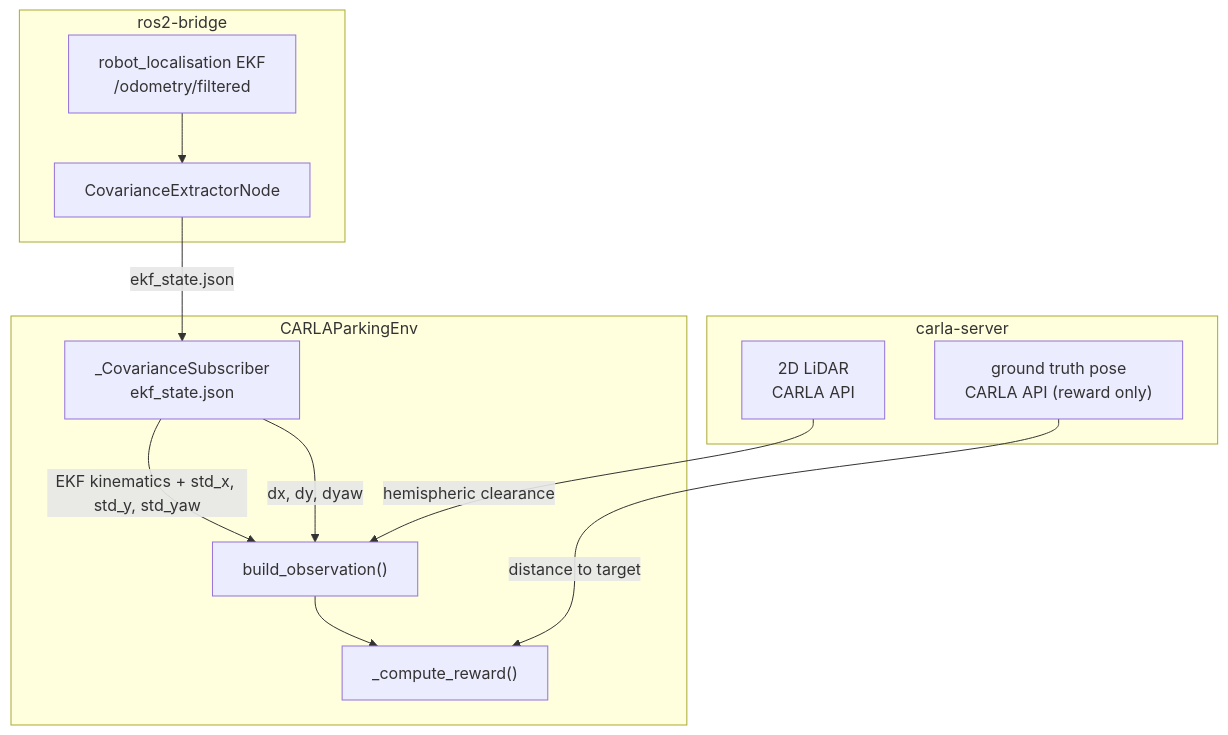
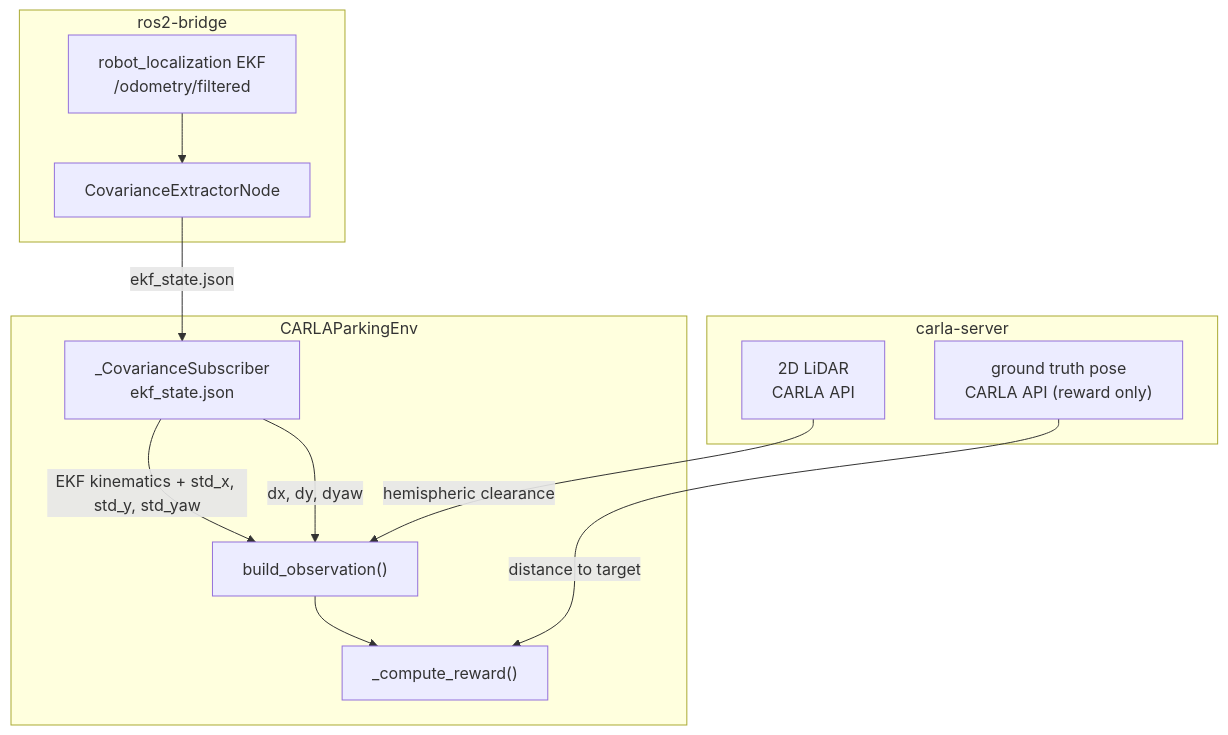
The diagram in uncertainty_rl/envs/README.md (Expo39/Uncertainty-Conditioned-RL-with-Evidential-Policy-Networks-for-Autonomous-Systems), drawn with Mermaid before and after one commit. The commit also changed other lines of this file and 29 other files, not shown here.

````diff
--- a/uncertainty_rl/envs/README.md
+++ b/uncertainty_rl/envs/README.md
@@ -30,26 +31,26 @@
 ```mermaid
 flowchart TB
     subgraph ros2["ros2-bridge"]
-        EKF["robot_localisation EKF\n/odometry/filtered"]
+        EKF["robot_localization EKF\n/odometry/filtered"]
         EXT["CovarianceExtractorNode"]
         EKF --> EXT
     end
 
     subgraph carla["carla-server"]
         LID["2D LiDAR\nCARLA API"]
         GT["ground truth pose\nCARLA API  (reward only)"]
     end
 
     subgraph env["CARLAParkingEnv"]
         COV["_CovarianceSubscriber\nekf_state.json"]
         OBS["build_observation()"]
         REW["_compute_reward()"]
     end
 
     EXT -->|ekf_state.json| COV
     COV -->|EKF kinematics + std_x, std_y, std_yaw| OBS
     LID -->|hemispheric clearance| OBS
     COV -->|dx, dy, dyaw| OBS
     GT -->|distance to target| REW
     OBS --> REW
 ```
````
